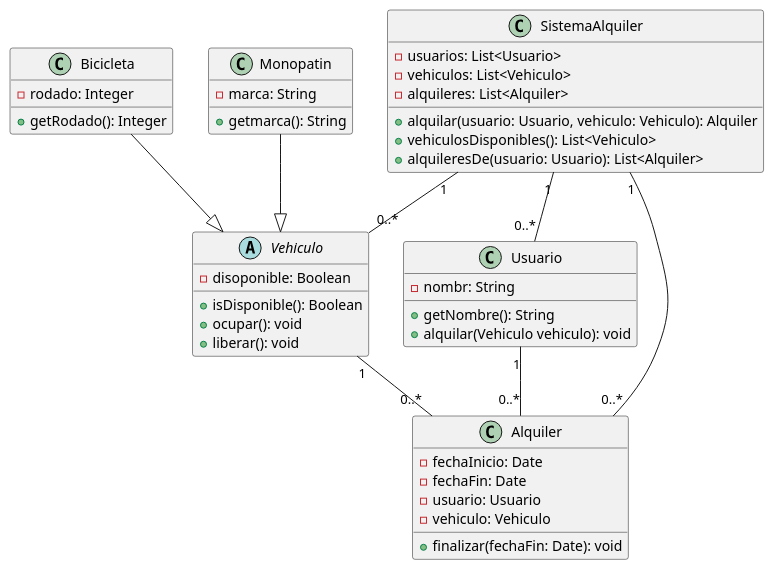
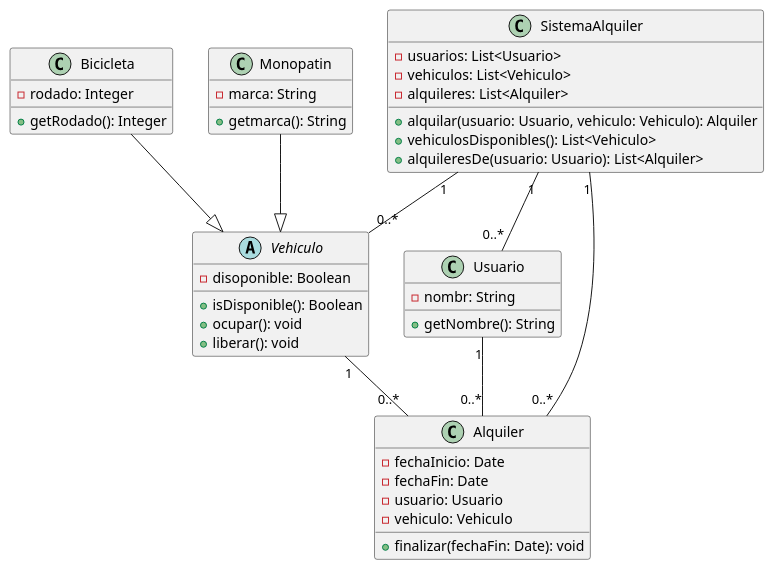
One commit to unahur-obj2-2026c1/movilidad-urbana-LEsayago changed the diagram in src/main/java/ar/edu/unahur/obj2/uml/diagramas/diagrama.puml. Above: the diagram before and after it, drawn with PlantUML. The commit also changed 5 other files, not shown here.

```diff
--- a/src/main/java/ar/edu/unahur/obj2/uml/diagramas/diagrama.puml
+++ b/src/main/java/ar/edu/unahur/obj2/uml/diagramas/diagrama.puml
@@ -1,53 +1,52 @@
 @startuml
 class "Usuario"{
     -nombr: String
     +getNombre(): String
-    +alquilar(Vehiculo vehiculo): void
 } 
 
 abstract class "Vehiculo"{
     -disoponible: Boolean
     +isDisponible(): Boolean
     +ocupar(): void
     +liberar(): void
 }
 
 class "Bicicleta"{
     -rodado: Integer
     +getRodado(): Integer
 }
 
 class "Monopatin"{
     -marca: String
     +getmarca(): String
 }
 
 Bicicleta --|> Vehiculo
 Monopatin --|> Vehiculo
 
 class "Alquiler"{
 -fechaInicio: Date
   -fechaFin: Date
   -usuario: Usuario
   -vehiculo: Vehiculo
 
   +finalizar(fechaFin: Date): void
 }
 
 class SistemaAlquiler {
   -usuarios: List<Usuario>
   -vehiculos: List<Vehiculo>
   -alquileres: List<Alquiler>
 
   +alquilar(usuario: Usuario, vehiculo: Vehiculo): Alquiler
   +vehiculosDisponibles(): List<Vehiculo>
   +alquileresDe(usuario: Usuario): List<Alquiler>
 }
 Usuario "1" -- "0..*" Alquiler
 Vehiculo "1" -- "0..*" Alquiler
 
 SistemaAlquiler "1" -- "0..*" Usuario
 SistemaAlquiler "1" -- "0..*" Vehiculo
 SistemaAlquiler "1" -- "0..*" Alquiler
 
 @enduml
```
